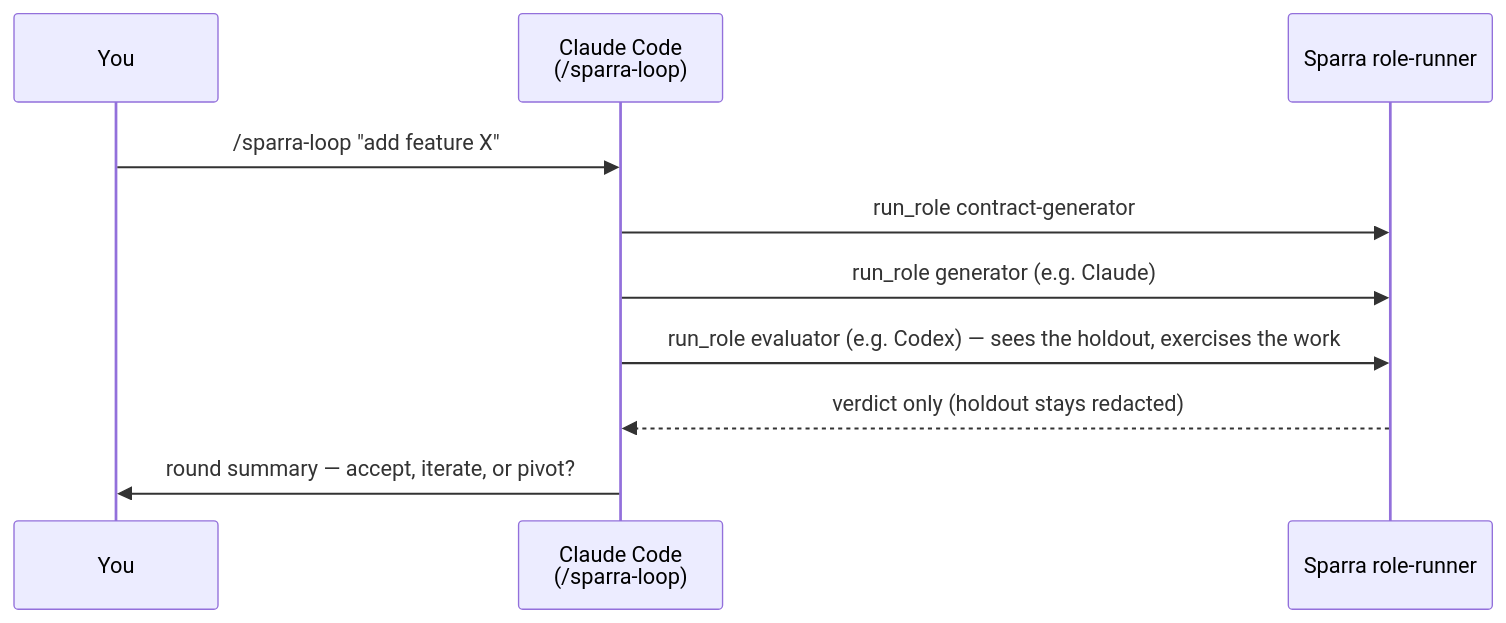
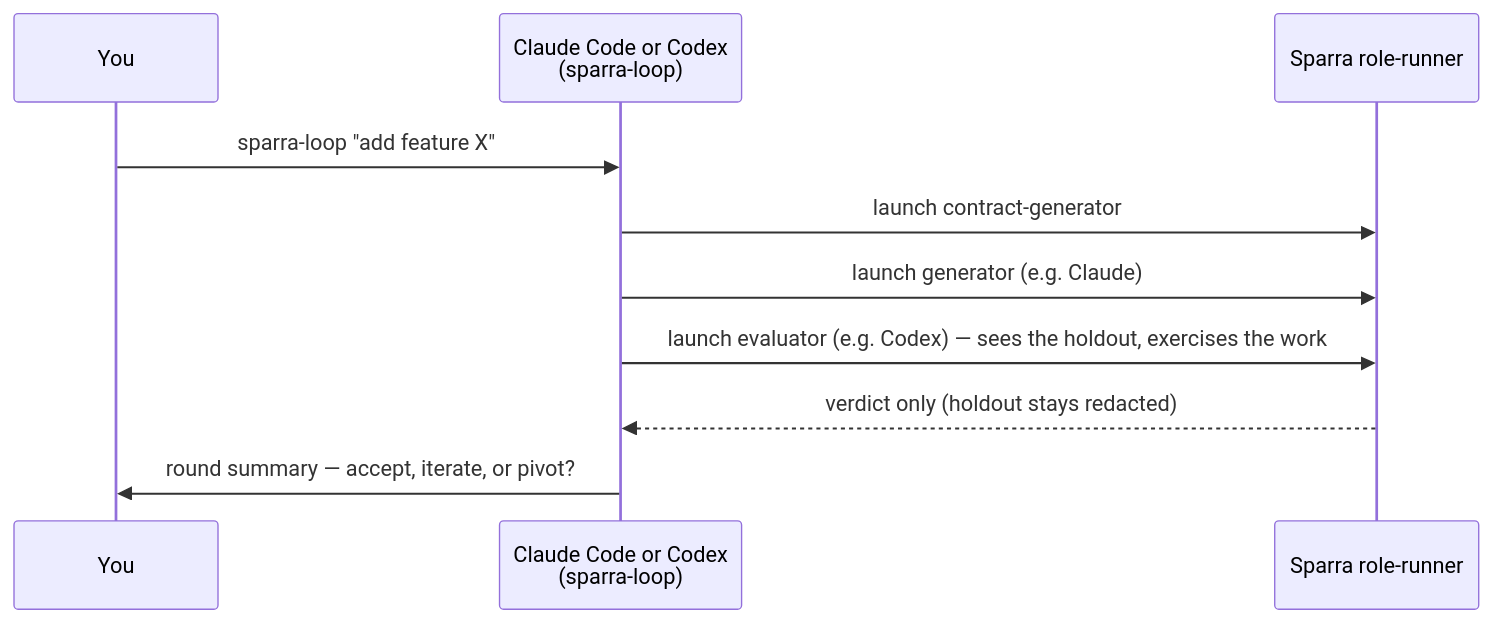
The second of 3 diagrams in README.md (KristopherGBaker/Sparra), drawn with Mermaid before and after one commit. The commit also changed other lines of this file and 5 other files, not shown here.

First line of the commit message:
docs(sparra-loop): Codex install/use parity across all doc layers

````diff
--- a/README.md
+++ b/README.md
@@ -39,12 +65,12 @@
 ```mermaid
 sequenceDiagram
     participant You
-    participant CC as Claude Code<br>(/sparra-loop)
+    participant CC as Claude Code or Codex<br>(sparra-loop)
     participant R as Sparra role-runner
-    You->>CC: /sparra-loop "add feature X"
-    CC->>R: run_role contract-generator
-    CC->>R: run_role generator (e.g. Claude)
-    CC->>R: run_role evaluator (e.g. Codex) — sees the holdout, exercises the work
+    You->>CC: sparra-loop "add feature X"
+    CC->>R: launch contract-generator
+    CC->>R: launch generator (e.g. Claude)
+    CC->>R: launch evaluator (e.g. Codex) — sees the holdout, exercises the work
     R-->>CC: verdict only (holdout stays redacted)
     CC->>You: round summary — accept, iterate, or pivot?
 ```
````
